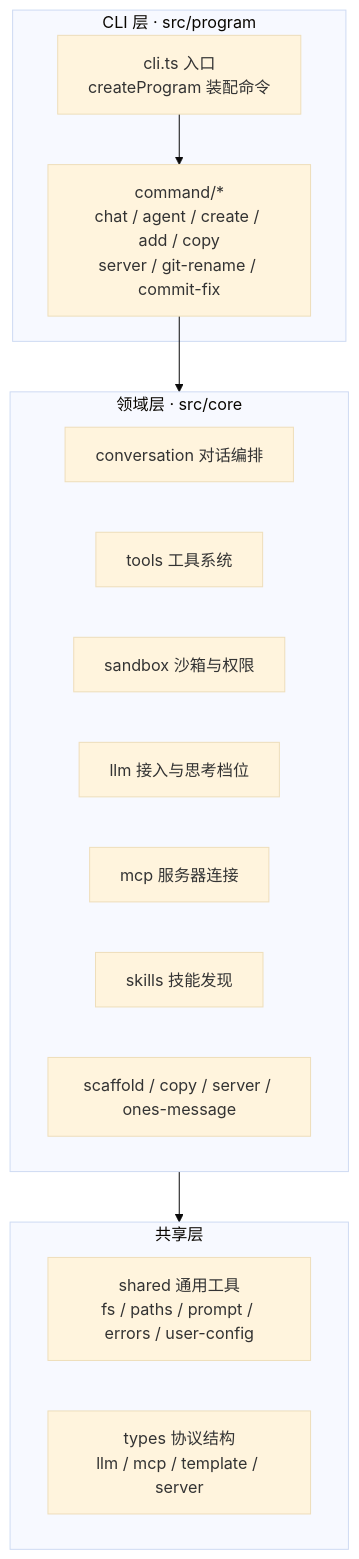
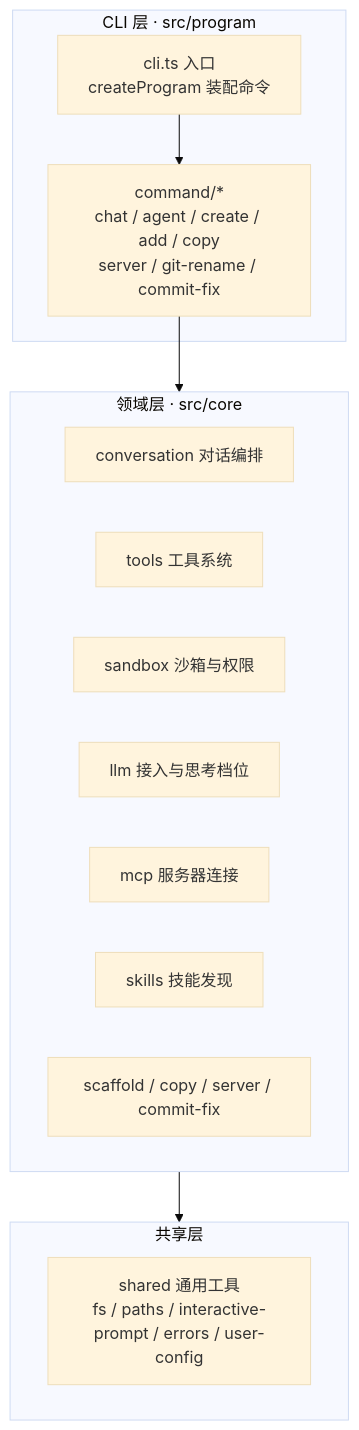
The first of 3 diagrams in ARCHITECTURE.md (tanyueran/tx-cli), drawn with Mermaid (base theme) before and after one commit. The commit also changed other lines of this file and 46 other files, not shown here.

````diff
--- a/ARCHITECTURE.md
+++ b/ARCHITECTURE.md
@@ -19,22 +19,21 @@
 ```mermaid
 flowchart TD
     subgraph CLI层["CLI 层 · src/program"]
         CLI["cli.ts 入口<br/>createProgram 装配命令"]
         CMDS["command/*<br/>chat / agent / create / add / copy<br/>server / git-rename / commit-fix"]
     end
     subgraph 领域层["领域层 · src/core"]
         CONV["conversation 对话编排"]
         TOOLS["tools 工具系统"]
         SANDBOX["sandbox 沙箱与权限"]
         LLM["llm 接入与思考档位"]
         MCP["mcp 服务器连接"]
         SKILLS["skills 技能发现"]
-        SCAFFOLD["scaffold / copy / server / ones-message"]
+        SCAFFOLD["scaffold / copy / server / commit-fix"]
     end
     subgraph 共享层["共享层"]
-        SHARED["shared 通用工具<br/>fs / paths / prompt / errors / user-config"]
-        TYPES["types 协议结构<br/>llm / mcp / template / server"]
+        SHARED["shared 通用工具<br/>fs / paths / interactive-prompt / errors / user-config"]
     end
     CLI --> CMDS --> 领域层
     领域层 --> 共享层
 ```
````
